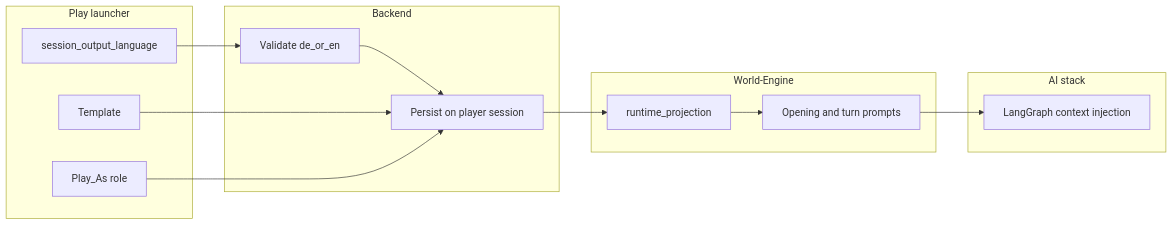
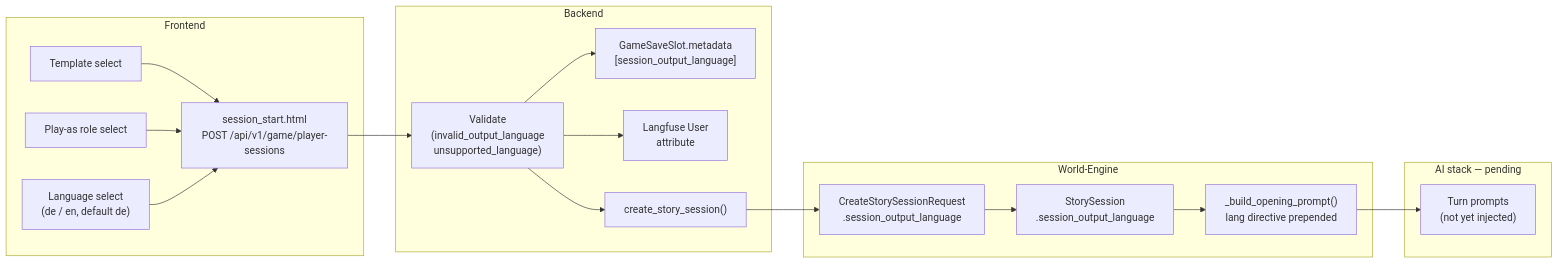
The first of 2 diagrams in docs/ADR/adr-0036-player-session-output-language.md (Held0fTheWelt/BLACKVEIN), drawn with Mermaid before and after one commit. The commit also changed other lines of this file, not shown here.

Commit message:
ADR-0036: replace diagram with two concrete Mermaid diagrams
1. End-to-end session create flow: Frontend → Backend → World-Engine → AI stack
   shows each component, field names, and pending turn-prompt injection
2. Validation error surface: type check → invalid_output_language,
   value check → unsupported_language, pass → default de

````diff
--- a/docs/ADR/adr-0036-player-session-output-language.md
+++ b/docs/ADR/adr-0036-player-session-output-language.md
@@ -155,22 +157,32 @@
 ```mermaid
 flowchart LR
-  subgraph launch [Play launcher]
-    T[Template]
-    R[Play_As role]
-    L[session_output_language]
+  subgraph fe [Frontend]
+    TS[Template select]
+    RS[Play-as role select]
+    LS["Language select\n(de / en, default de)"]
+    FORM["session_start.html\nPOST /api/v1/game/player-sessions"]
   end
-  subgraph api [Backend]
-    V[Validate de_or_en]
-    S[Persist on player session]
+  subgraph backend [Backend]
+    VAL["Validate\n(invalid_output_language\nunsupported_language)"]
+    SLOT["GameSaveSlot.metadata\n[session_output_language]"]
+    LF["Langfuse User\nattribute"]
+    CSS["create_story_session()"]
   end
   subgraph we [World-Engine]
-    P[runtime_projection]
-    O[Opening and turn prompts]
+    REQ["CreateStorySessionRequest\n.session_output_language"]
+    SS["StorySession\n.session_output_language"]
+    OP["_build_opening_prompt()\nlang directive prepended"]
   end
-  subgraph ai [AI stack]
-    G[LangGraph context injection]
+  subgraph ai [AI stack — pending]
+    TURN["Turn prompts\n(not yet injected)"]
   end
-  L --> V --> S --> P --> O --> G
-  T --> S
-  R --> S
+
+  TS --> FORM
+  RS --> FORM
+  LS --> FORM
+  FORM --> VAL
+  VAL --> SLOT
+  VAL --> CSS
+  VAL --> LF
+  CSS --> REQ --> SS --> OP --> TURN
 ```
````
